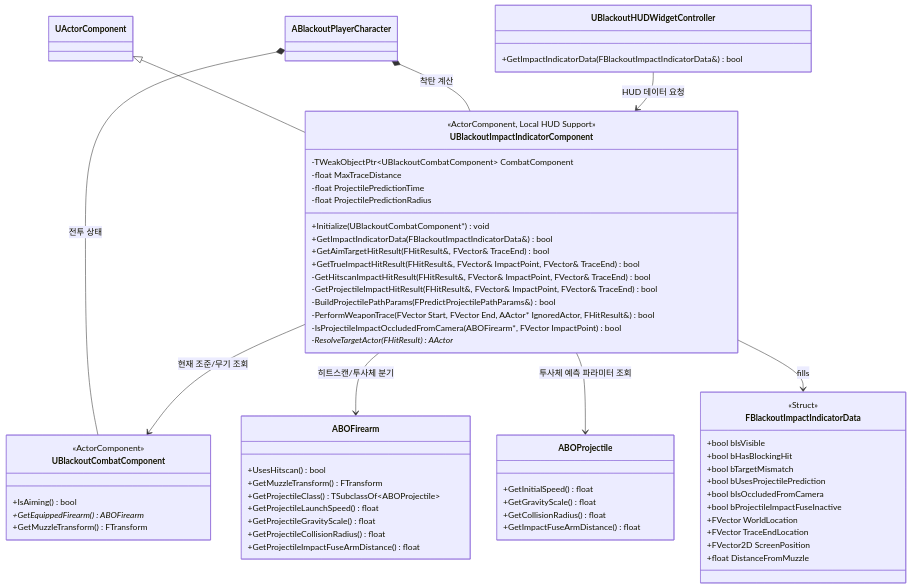
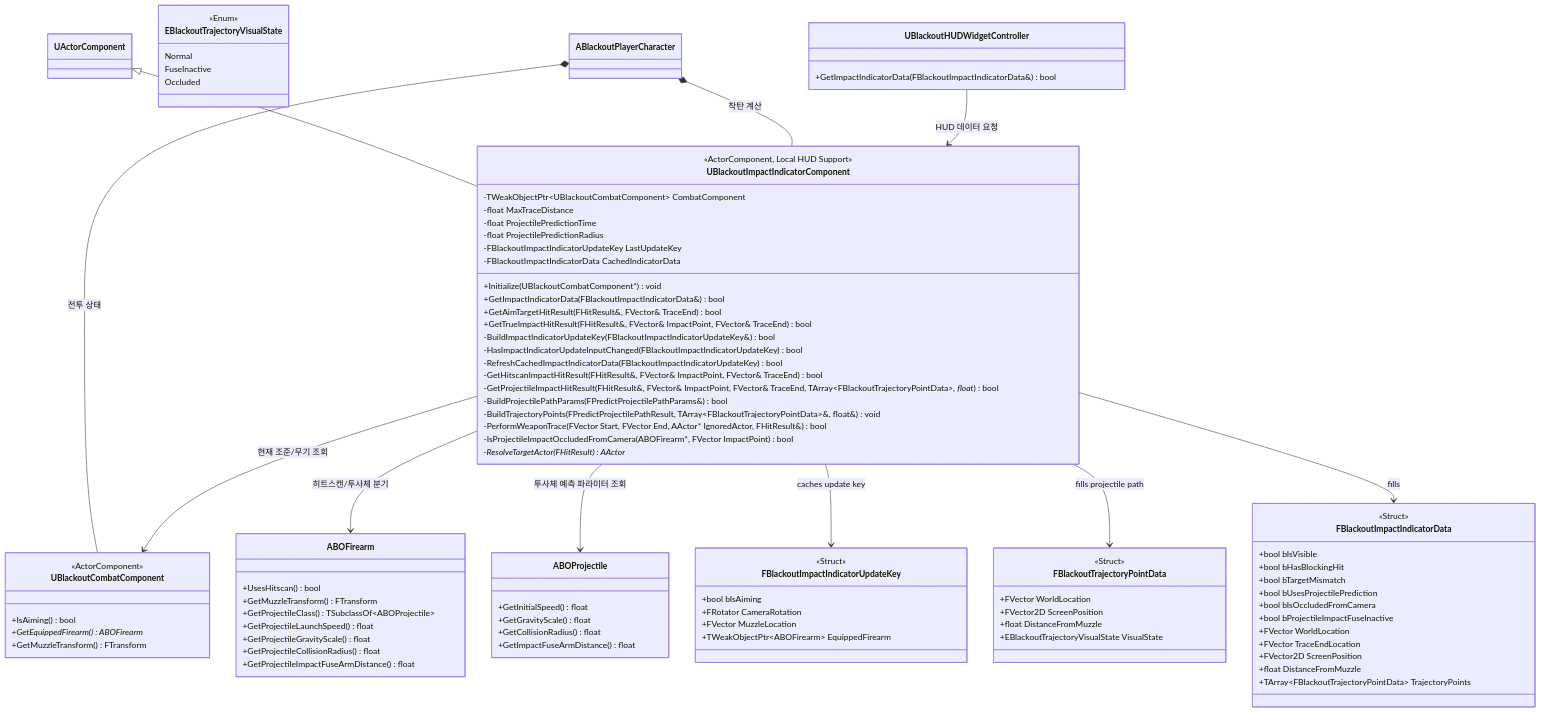
The first of 2 diagrams in Docs/Combat/09_Impact_Indicator_Component.md (seongwon1579/ProjectBlackout), drawn with Mermaid before and after one commit. The commit also changed other lines of this file and 4 other files, not shown here.

````diff
--- a/Docs/Combat/09_Impact_Indicator_Component.md
+++ b/Docs/Combat/09_Impact_Indicator_Component.md
@@ -14,16 +14,45 @@
         -float MaxTraceDistance
         -float ProjectilePredictionTime
         -float ProjectilePredictionRadius
+        -FBlackoutImpactIndicatorUpdateKey LastUpdateKey
+        -FBlackoutImpactIndicatorData CachedIndicatorData
         +Initialize(UBlackoutCombatComponent*) void
         +GetImpactIndicatorData(FBlackoutImpactIndicatorData&) bool
         +GetAimTargetHitResult(FHitResult&, FVector& TraceEnd) bool
         +GetTrueImpactHitResult(FHitResult&, FVector& ImpactPoint, FVector& TraceEnd) bool
+        -BuildImpactIndicatorUpdateKey(FBlackoutImpactIndicatorUpdateKey&) bool
+        -HasImpactIndicatorUpdateInputChanged(FBlackoutImpactIndicatorUpdateKey) bool
+        -RefreshCachedImpactIndicatorData(FBlackoutImpactIndicatorUpdateKey) bool
         -GetHitscanImpactHitResult(FHitResult&, FVector& ImpactPoint, FVector& TraceEnd) bool
-        -GetProjectileImpactHitResult(FHitResult&, FVector& ImpactPoint, FVector& TraceEnd) bool
+        -GetProjectileImpactHitResult(FHitResult&, FVector& ImpactPoint, FVector& TraceEnd, TArray~FBlackoutTrajectoryPointData~*, float*) bool
         -BuildProjectilePathParams(FPredictProjectilePathParams&) bool
+        -BuildTrajectoryPoints(FPredictProjectilePathResult, TArray~FBlackoutTrajectoryPointData~&, float&) void
         -PerformWeaponTrace(FVector Start, FVector End, AActor* IgnoredActor, FHitResult&) bool
         -IsProjectileImpactOccludedFromCamera(ABOFirearm*, FVector ImpactPoint) bool
         -ResolveTargetActor(FHitResult) AActor*
+    }
+
+    class FBlackoutImpactIndicatorUpdateKey {
+        <<Struct>>
+        +bool bIsAiming
+        +FRotator CameraRotation
+        +FVector MuzzleLocation
+        +TWeakObjectPtr~ABOFirearm~ EquippedFirearm
+    }
+
+    class EBlackoutTrajectoryVisualState {
+        <<Enum>>
+        Normal
+        FuseInactive
+        Occluded
+    }
+
+    class FBlackoutTrajectoryPointData {
+        <<Struct>>
+        +FVector WorldLocation
+        +FVector2D ScreenPosition
+        +float DistanceFromMuzzle
+        +EBlackoutTrajectoryVisualState VisualState
     }
 
     class FBlackoutImpactIndicatorData {
@@ -38,6 +67,7 @@
         +FVector TraceEndLocation
         +FVector2D ScreenPosition
         +float DistanceFromMuzzle
+        +TArray~FBlackoutTrajectoryPointData~ TrajectoryPoints
     }
 
     class UBlackoutCombatComponent {
@@ -73,6 +103,8 @@
     UBlackoutImpactIndicatorComponent --> UBlackoutCombatComponent : 현재 조준/무기 조회
     UBlackoutImpactIndicatorComponent --> ABOFirearm : 히트스캔/투사체 분기
     UBlackoutImpactIndicatorComponent --> ABOProjectile : 투사체 예측 파라미터 조회
+    UBlackoutImpactIndicatorComponent --> FBlackoutImpactIndicatorUpdateKey : caches update key
+    UBlackoutImpactIndicatorComponent --> FBlackoutTrajectoryPointData : fills projectile path
     UBlackoutImpactIndicatorComponent --> FBlackoutImpactIndicatorData : fills
     UBlackoutHUDWidgetController --> UBlackoutImpactIndicatorComponent : HUD 데이터 요청
 ```
````
